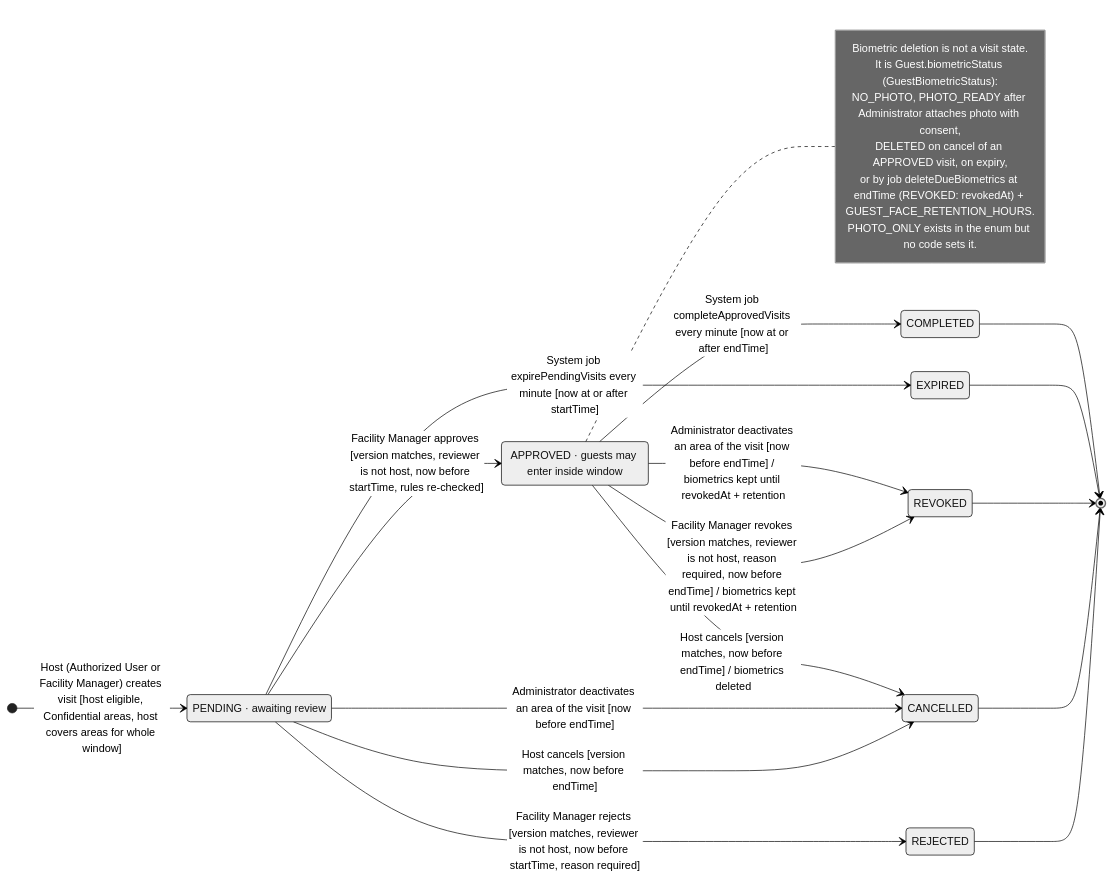
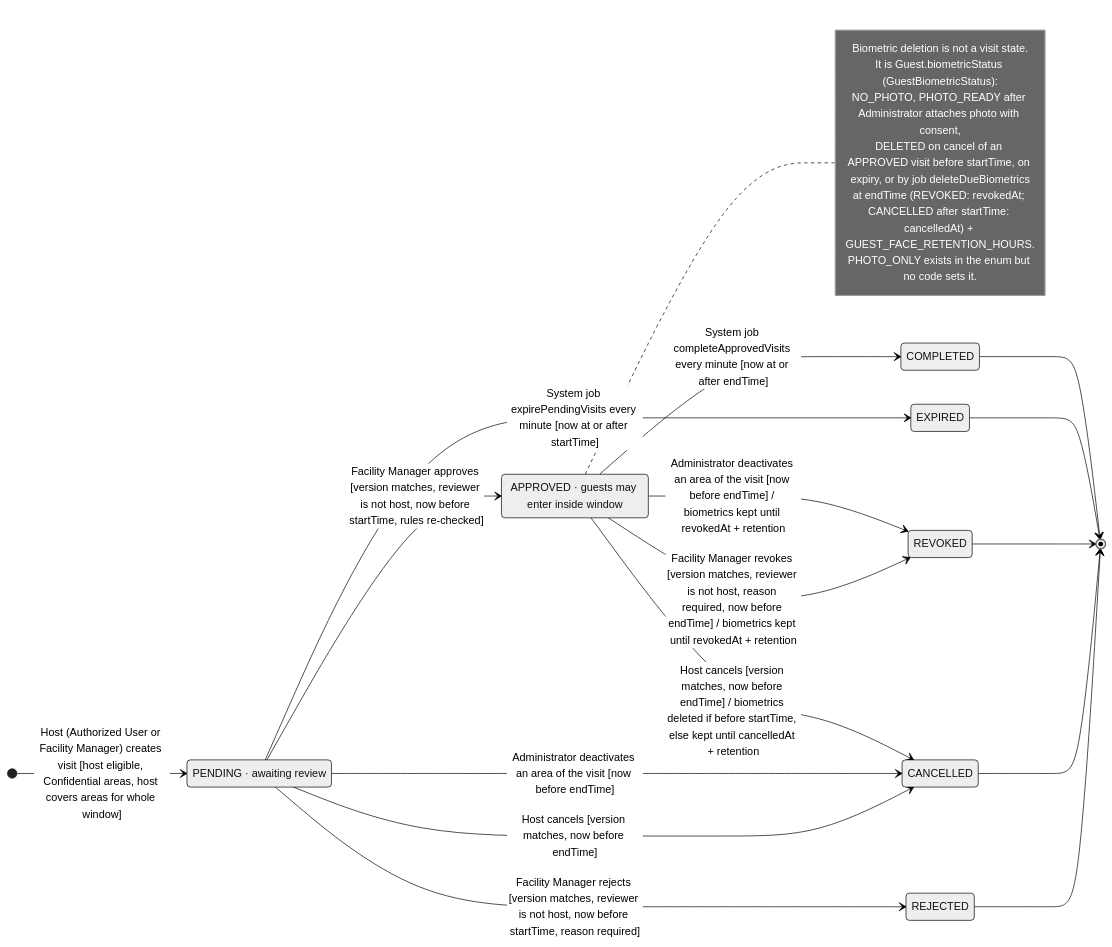
One commit to AnhHao2505/AI-Based-Intelligent-Campus-Security-Surveillance-System changed the diagram in docs/diagrams/state-guest-visit.mmd. Above: the diagram before and after it, drawn with Mermaid (neutral theme). The commit also changed 12 other files, not shown here.

Commit message:
fix(guest): cancelling a started visit keeps biometrics for the retention period

```diff
--- a/docs/diagrams/state-guest-visit.mmd
+++ b/docs/diagrams/state-guest-visit.mmd
@@ -1,39 +1,39 @@
 %% Title: SM-02 Guest visit lifecycle · Source: enums/GuestVisitStatus.java, service/GuestVisitService.java, service/GuestVisitJobService.java, scheduler/GuestVisitScheduler.java · Generated from main @ 84f5565
 stateDiagram-v2
     direction LR
 
     state "PENDING · awaiting review" as PENDING
     state "APPROVED · guests may enter inside window" as APPROVED
     state "REJECTED" as REJECTED
     state "CANCELLED" as CANCELLED
     state "REVOKED" as REVOKED
     state "EXPIRED" as EXPIRED
     state "COMPLETED" as COMPLETED
 
     [*] --> PENDING : Host (Authorized User or Facility Manager) creates visit [host eligible, Confidential areas, host covers areas for whole window]
 
     PENDING --> APPROVED : Facility Manager approves [version matches, reviewer is not host, now before startTime, rules re-checked]
     PENDING --> REJECTED : Facility Manager rejects [version matches, reviewer is not host, now before startTime, reason required]
     PENDING --> CANCELLED : Host cancels [version matches, now before endTime]
     PENDING --> CANCELLED : Administrator deactivates an area of the visit [now before endTime]
     PENDING --> EXPIRED : System job expirePendingVisits every minute [now at or after startTime]
 
-    APPROVED --> CANCELLED : Host cancels [version matches, now before endTime] / biometrics deleted
+    APPROVED --> CANCELLED : Host cancels [version matches, now before endTime] / biometrics deleted if before startTime, else kept until cancelledAt + retention
     APPROVED --> REVOKED : Facility Manager revokes [version matches, reviewer is not host, reason required, now before endTime] / biometrics kept until revokedAt + retention
     APPROVED --> REVOKED : Administrator deactivates an area of the visit [now before endTime] / biometrics kept until revokedAt + retention
     APPROVED --> COMPLETED : System job completeApprovedVisits every minute [now at or after endTime]
 
     REJECTED --> [*]
     CANCELLED --> [*]
     REVOKED --> [*]
     EXPIRED --> [*]
     COMPLETED --> [*]
 
     note right of APPROVED
         Biometric deletion is not a visit state.
         It is Guest.biometricStatus (GuestBiometricStatus):
         NO_PHOTO, PHOTO_READY after Administrator attaches photo with consent,
-        DELETED on cancel of an APPROVED visit, on expiry,
-        or by job deleteDueBiometrics at endTime (REVOKED: revokedAt) + GUEST_FACE_RETENTION_HOURS.
+        DELETED on cancel of an APPROVED visit before startTime, on expiry, or by job deleteDueBiometrics
+        at endTime (REVOKED: revokedAt; CANCELLED after startTime: cancelledAt) + GUEST_FACE_RETENTION_HOURS.
         PHOTO_ONLY exists in the enum but no code sets it.
     end note
```
